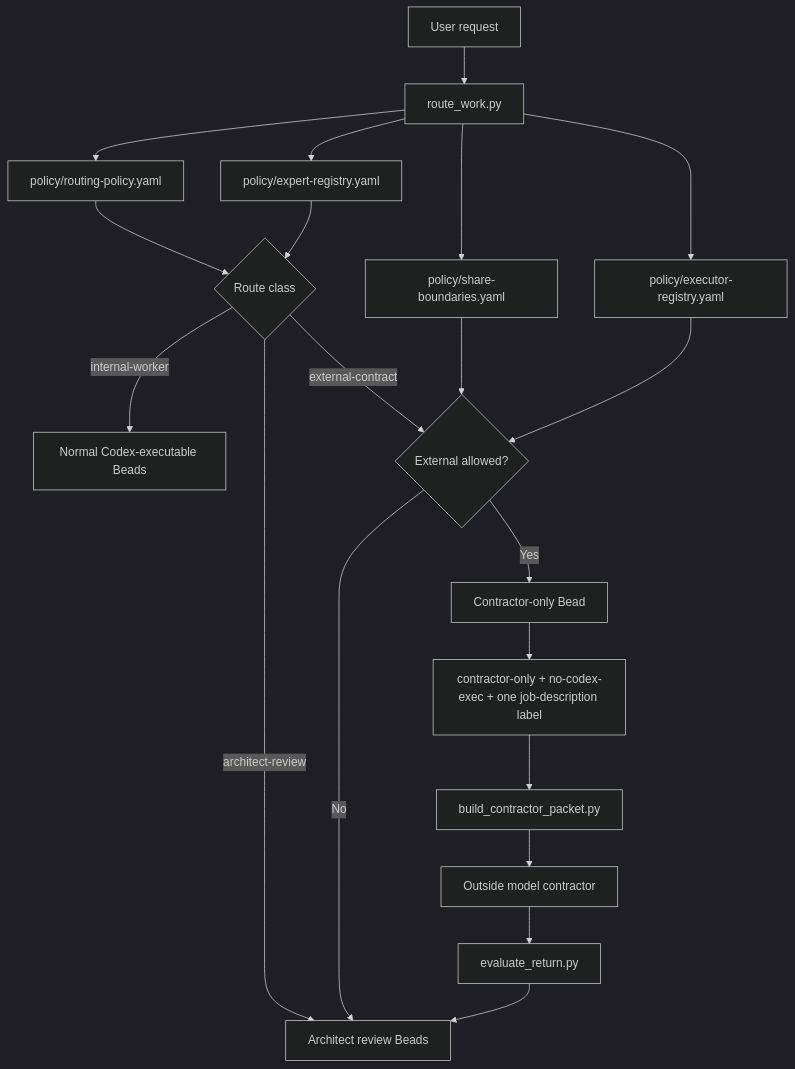
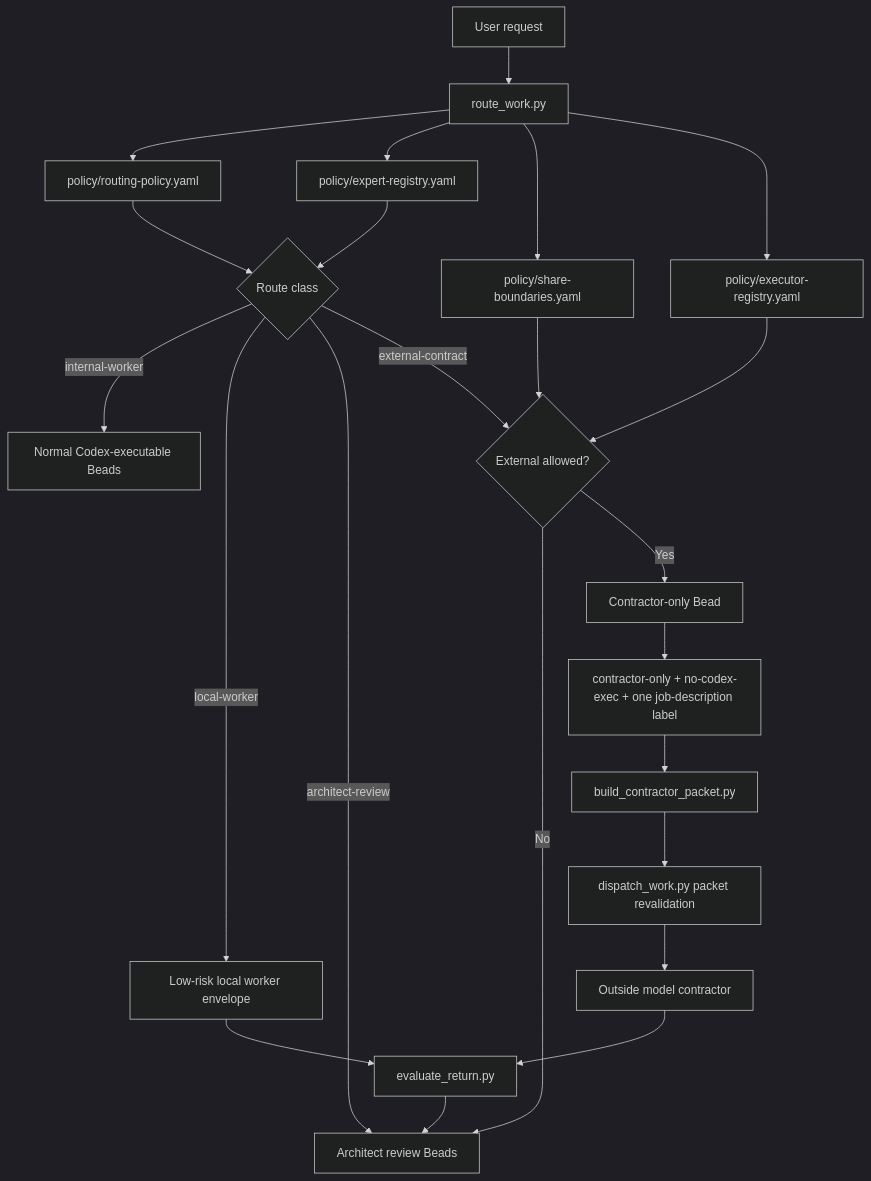
Before and after one commit to gprocunier/complex-work-orchestration: the second of 5 diagrams in README.md, drawn with Mermaid (dark theme). The commit also changed other lines of this file and 30 other files, not shown here.

````diff
--- a/README.md
+++ b/README.md
@@ -152,25 +156,28 @@
 ```mermaid
 flowchart TD
     Request[User request] --> Classifier[route_work.py]
     Classifier --> Routing[policy/routing-policy.yaml]
     Classifier --> Experts[policy/expert-registry.yaml]
     Classifier --> Share[policy/share-boundaries.yaml]
     Classifier --> Executors[policy/executor-registry.yaml]
 
     Routing --> Decision{Route class}
     Experts --> Decision
     Share --> Gate{External allowed?}
     Executors --> Gate
 
     Decision -->|internal-worker| Worker[Normal Codex-executable Beads]
+    Decision -->|local-worker| Local[Low-risk local worker envelope]
     Decision -->|architect-review| Architect[Architect review Beads]
     Decision -->|external-contract| Gate
 
+    Local --> Return[evaluate_return.py]
     Gate -->|No| Architect
     Gate -->|Yes| Contract[Contractor-only Bead]
     Contract --> Guard[contractor-only + no-codex-exec + one job-description label]
     Guard --> Packet[build_contractor_packet.py]
-    Packet --> Outside[Outside model contractor]
-    Outside --> Return[evaluate_return.py]
+    Packet --> Validate[dispatch_work.py packet revalidation]
+    Validate --> Outside[Outside model contractor]
+    Outside --> Return
     Return --> Architect
 ```
````
